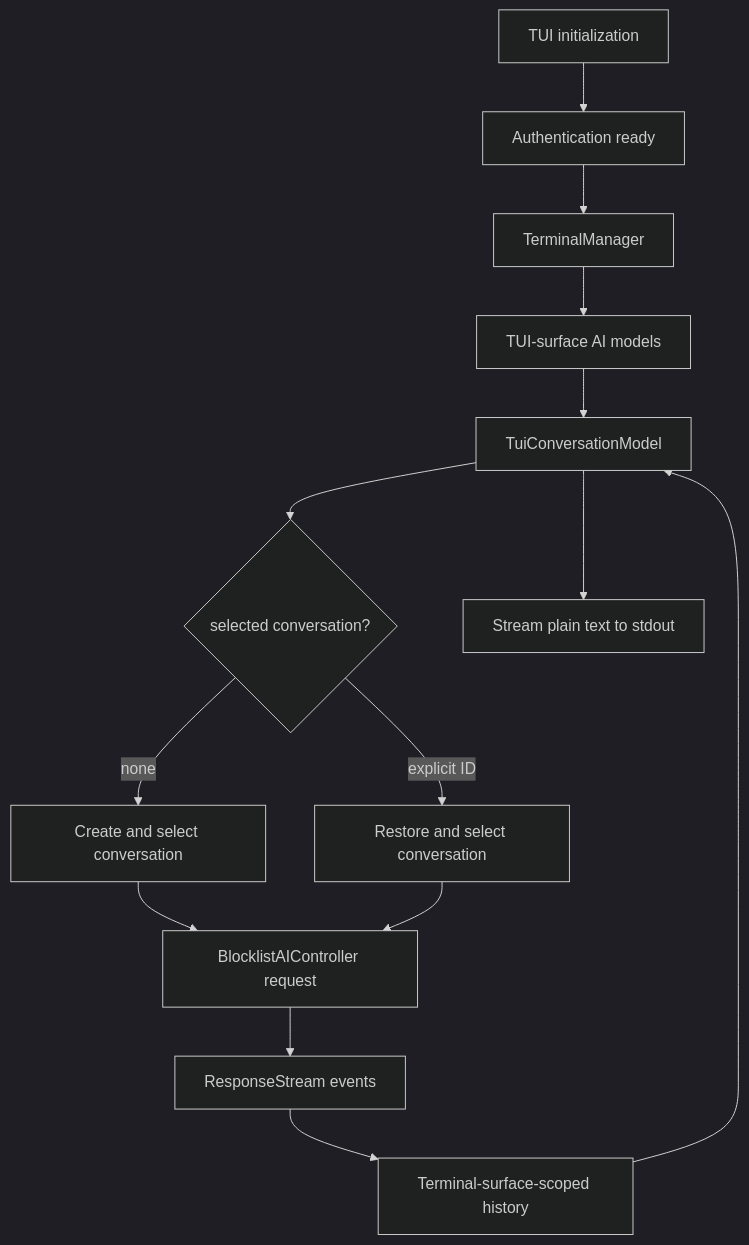
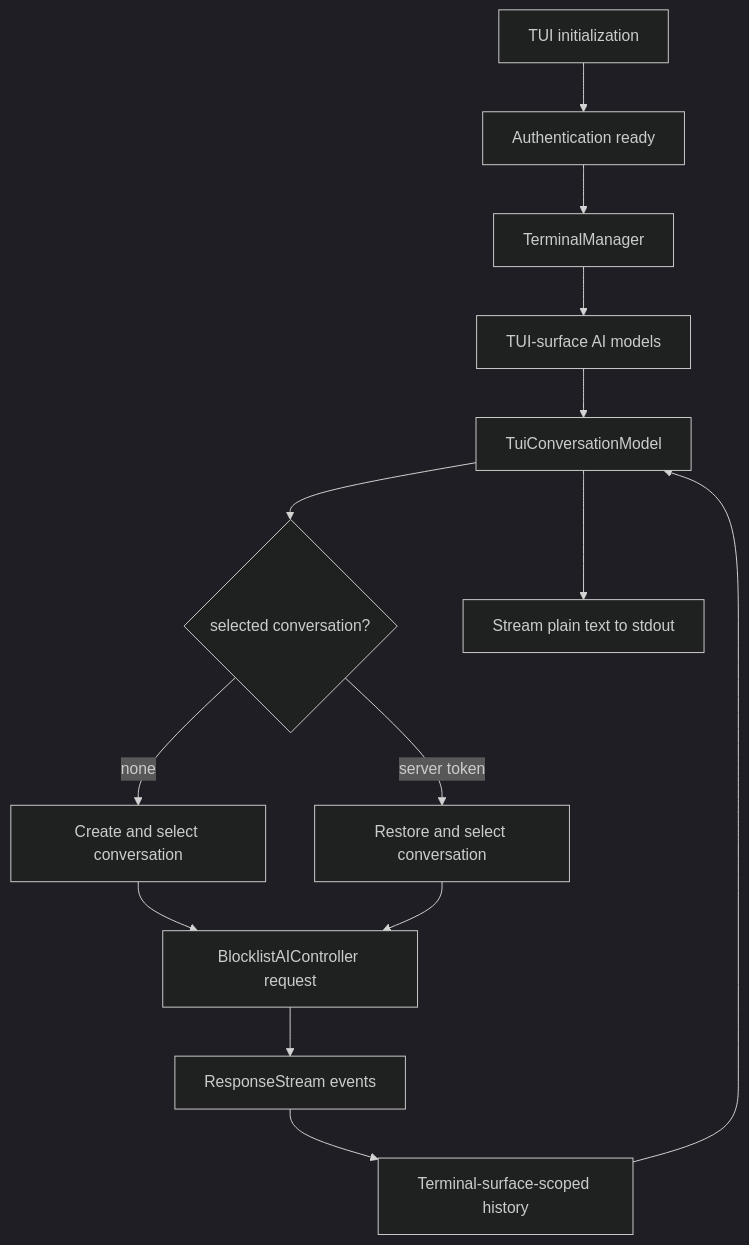
One commit to Jason-Shen2/warp changed the diagram in specs/conversation-streaming-for-tui/TECH.md. Above: the diagram before and after it, drawn with Mermaid (dark theme). The commit also changed other lines of this file and 5 other files, not shown here.

Commit message:
use server conversation token instead of local converastion id

````diff
--- a/specs/conversation-streaming-for-tui/TECH.md
+++ b/specs/conversation-streaming-for-tui/TECH.md
@@ -41,16 +41,16 @@
 ```mermaid
 flowchart TD
   Init["TUI initialization"] --> Auth["Authentication ready"]
   Auth --> Manager["TerminalManager<PromptStreamSurface>"]
   Manager --> Cluster["TUI-surface AI models"]
   Cluster --> Model["TuiConversationModel"]
   Model --> Select{"selected conversation?"}
   Select -->|none| New["Create and select conversation"]
-  Select -->|explicit ID| Restore["Restore and select conversation"]
+  Select -->|server token| Restore["Restore and select conversation"]
   New --> Send["BlocklistAIController request"]
   Restore --> Send
   Send --> Stream["ResponseStream events"]
   Stream --> History["Terminal-surface-scoped history"]
   History --> Model
   Model --> Output["Stream plain text to stdout"]
 ```
````
